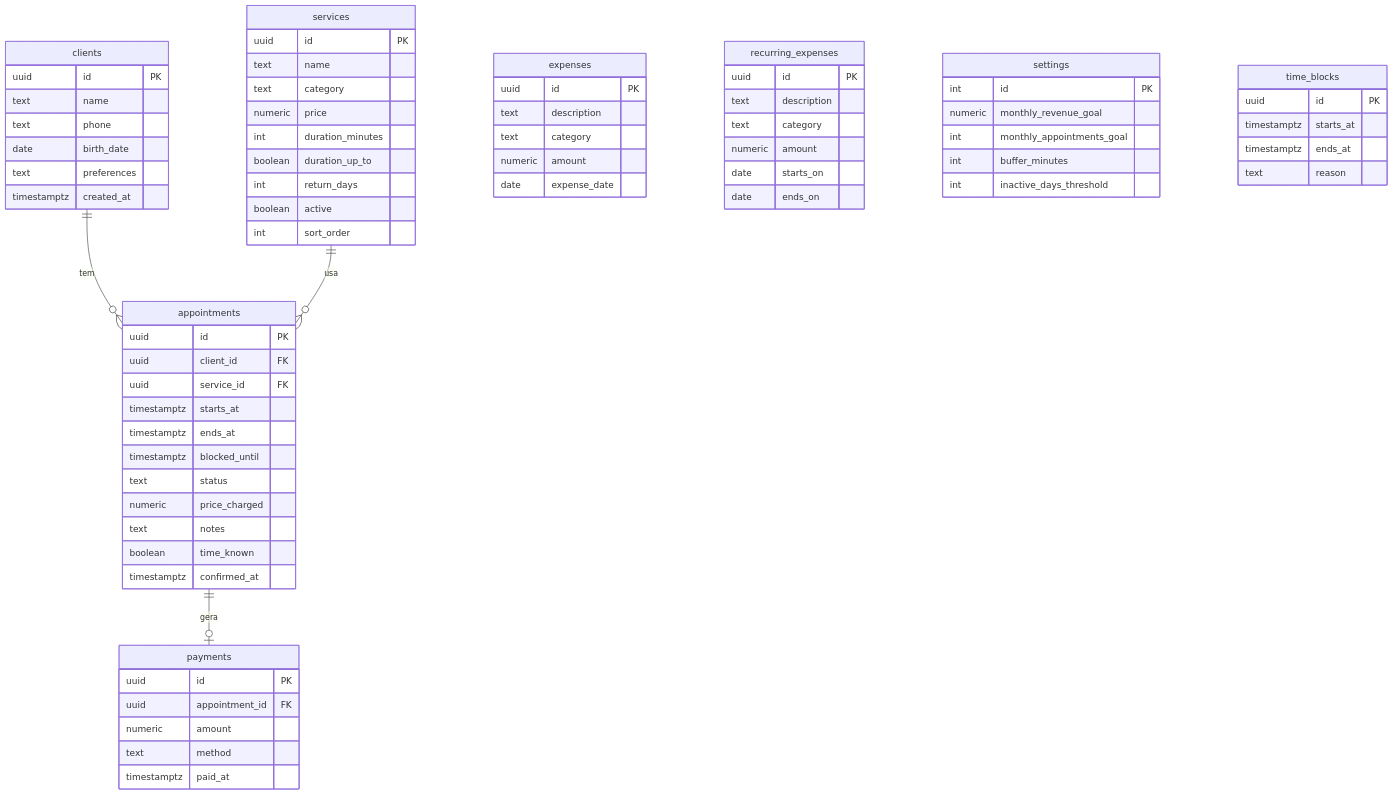
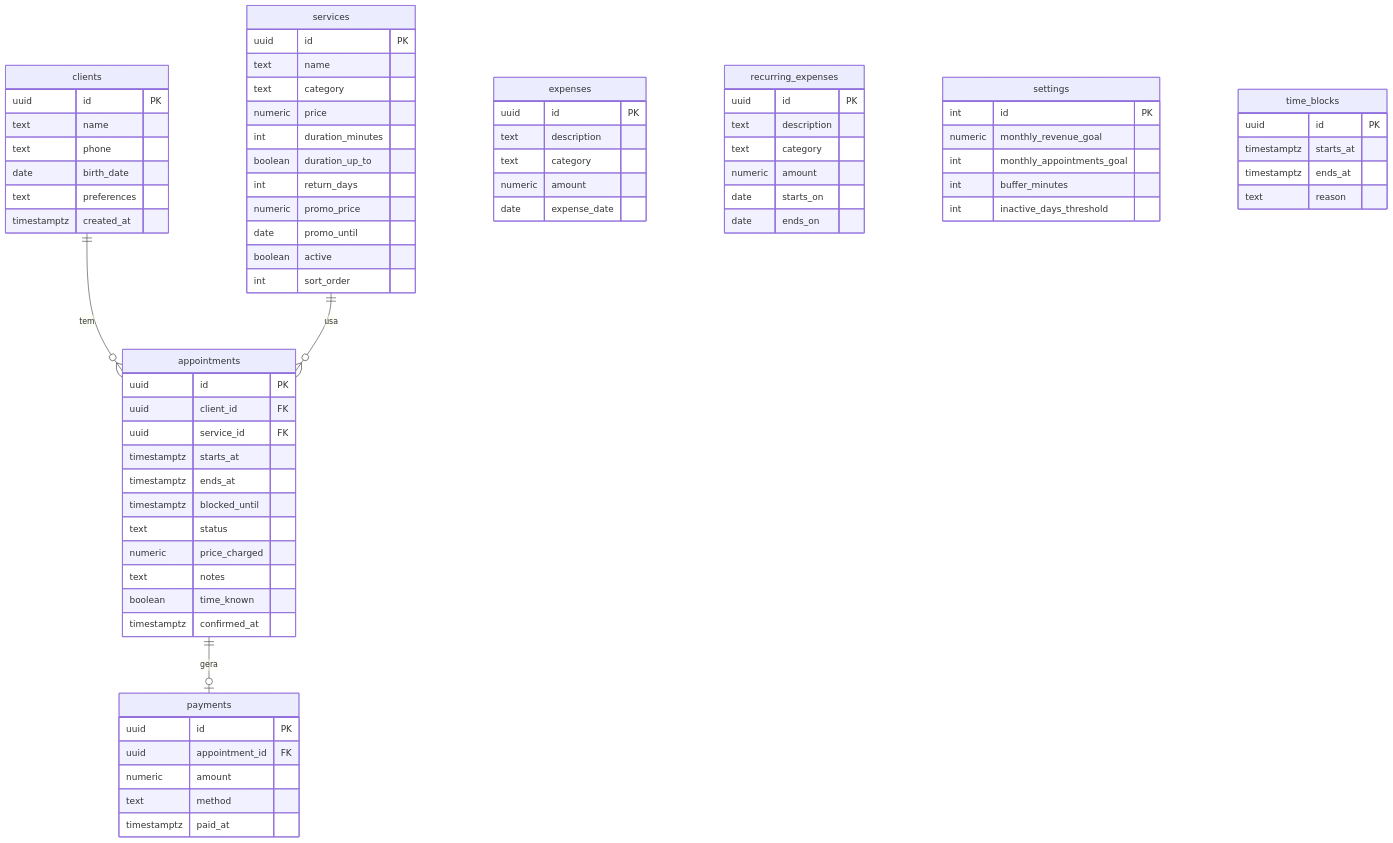
One commit to hygorbatista/Studio-Gabriela-Probst changed the diagram in docs/04-modelo-dados.md. Above: the diagram before and after it, drawn with Mermaid. The commit also changed other lines of this file and 2 other files, not shown here.

````diff
--- a/docs/04-modelo-dados.md
+++ b/docs/04-modelo-dados.md
@@ -7,77 +7,79 @@
 ```mermaid
 erDiagram
     clients ||--o{ appointments : tem
     services ||--o{ appointments : usa
     appointments ||--o| payments : gera
     expenses
     recurring_expenses
     settings
 
     clients {
         uuid id PK
         text name
         text phone
         date birth_date
         text preferences
         timestamptz created_at
     }
     services {
         uuid id PK
         text name
         text category
         numeric price
         int duration_minutes
         boolean duration_up_to
         int return_days
+        numeric promo_price
+        date promo_until
         boolean active
         int sort_order
     }
     appointments {
         uuid id PK
         uuid client_id FK
         uuid service_id FK
         timestamptz starts_at
         timestamptz ends_at
         timestamptz blocked_until
         text status
         numeric price_charged
         text notes
         boolean time_known
         timestamptz confirmed_at
     }
     time_blocks {
         uuid id PK
         timestamptz starts_at
         timestamptz ends_at
         text reason
     }
     payments {
         uuid id PK
         uuid appointment_id FK
         numeric amount
         text method
         timestamptz paid_at
     }
     expenses {
         uuid id PK
         text description
         text category
         numeric amount
         date expense_date
     }
     recurring_expenses {
         uuid id PK
         text description
         text category
         numeric amount
         date starts_on
         date ends_on
     }
     settings {
         int id PK
         numeric monthly_revenue_goal
         int monthly_appointments_goal
         int buffer_minutes
         int inactive_days_threshold
     }
 ```
````
